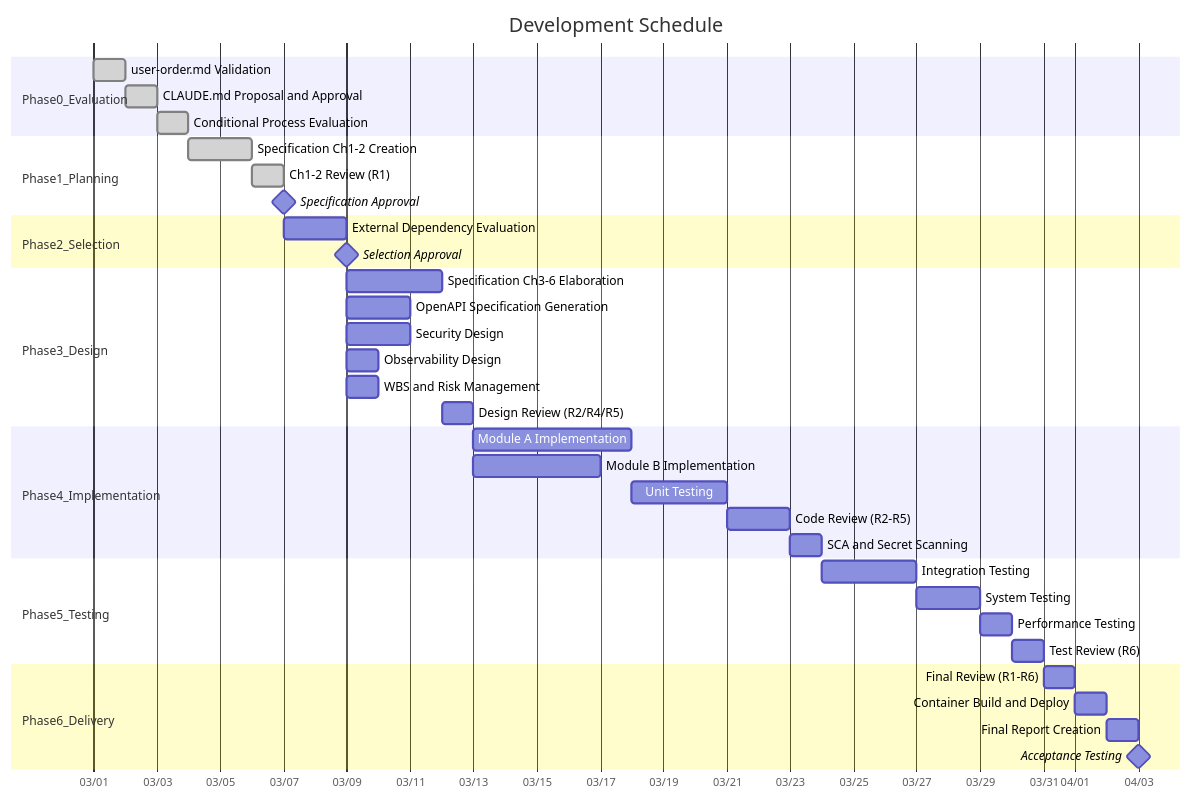
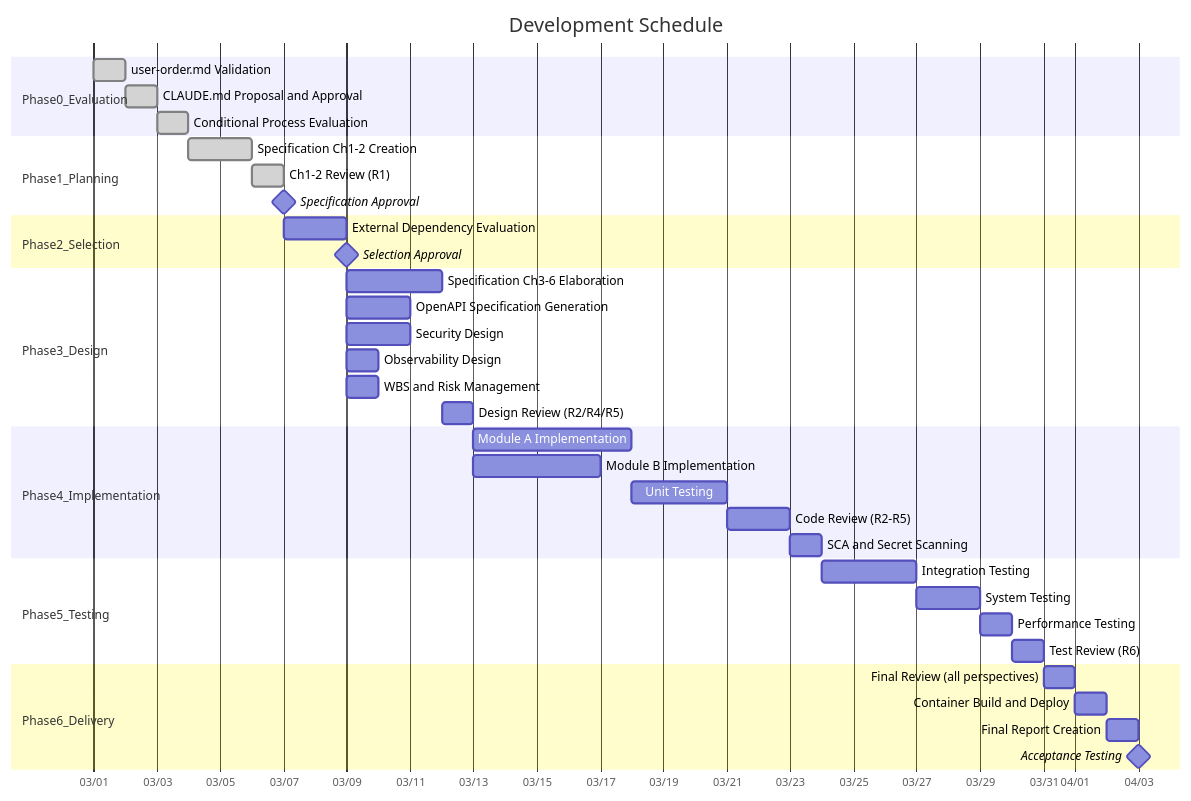
Before and after one commit to GoodRelax/gr-sw-maker: the fifth of 12 diagrams in process-rules/full-auto-dev-process-rules-en.md, drawn with Mermaid. The commit also changed other lines of this file and 23 other files, not shown here.

````diff
--- a/process-rules/full-auto-dev-process-rules-en.md
+++ b/process-rules/full-auto-dev-process-rules-en.md
@@ -916,47 +916,47 @@
 ```mermaid
 gantt
     title Development Schedule
     dateFormat  YYYY-MM-DD
     axisFormat  %m/%d
 
     section Phase0_Evaluation
     user-order.md Validation           : done, p0a, 2026-03-01, 1d
     CLAUDE.md Proposal and Approval    : done, p0a2, after p0a, 1d
     Conditional Process Evaluation     : done, p0b, after p0a2, 1d
 
     section Phase1_Planning
     Specification Ch1-2 Creation       : done, p1b, after p0b, 2d
     Ch1-2 Review (R1)                  : done, p1c, after p1b, 1d
     Specification Approval             : milestone, p1d, after p1c, 0d
 
     section Phase2_Selection
     External Dependency Evaluation     : p2s, after p1d, 2d
     Selection Approval                 : milestone, p2m, after p2s, 0d
 
     section Phase3_Design
     Specification Ch3-6 Elaboration    : p3a, after p2m, 3d
     OpenAPI Specification Generation   : p3e, after p2m, 2d
     Security Design                    : p3b, after p2m, 2d
     Observability Design               : p3f, after p2m, 1d
     WBS and Risk Management            : p3c, after p2m, 1d
     Design Review (R2/R4/R5)           : p3d, after p3a, 1d
 
     section Phase4_Implementation
     Module A Implementation            : p4a, after p3d, 5d
     Module B Implementation            : p4b, after p3d, 4d
     Unit Testing                       : p4c, after p4a, 3d
     Code Review (R2-R5)                : p4d, after p4c, 2d
     SCA and Secret Scanning            : p4e, after p4d, 1d
 
     section Phase5_Testing
     Integration Testing                : p5a, after p4e, 3d
     System Testing                     : p5b, after p5a, 2d
     Performance Testing                : p5g, after p5b, 1d
     Test Review (R6)                   : p5c, after p5g, 1d
 
     section Phase6_Delivery
-    Final Review (R1-R6)               : p6a, after p5c, 1d
+    Final Review (all perspectives)               : p6a, after p5c, 1d
     Container Build and Deploy         : p6b, after p6a, 1d
     Final Report Creation              : p6c, after p6b, 1d
     Acceptance Testing                 : milestone, p6d, after p6c, 0d
 ```
````
